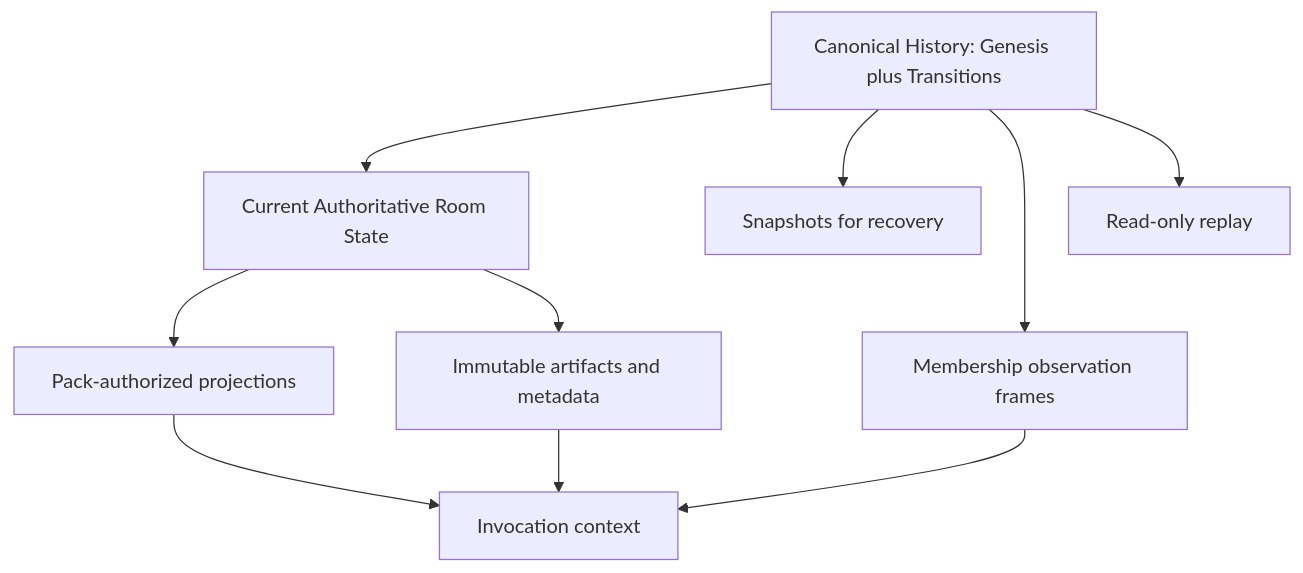
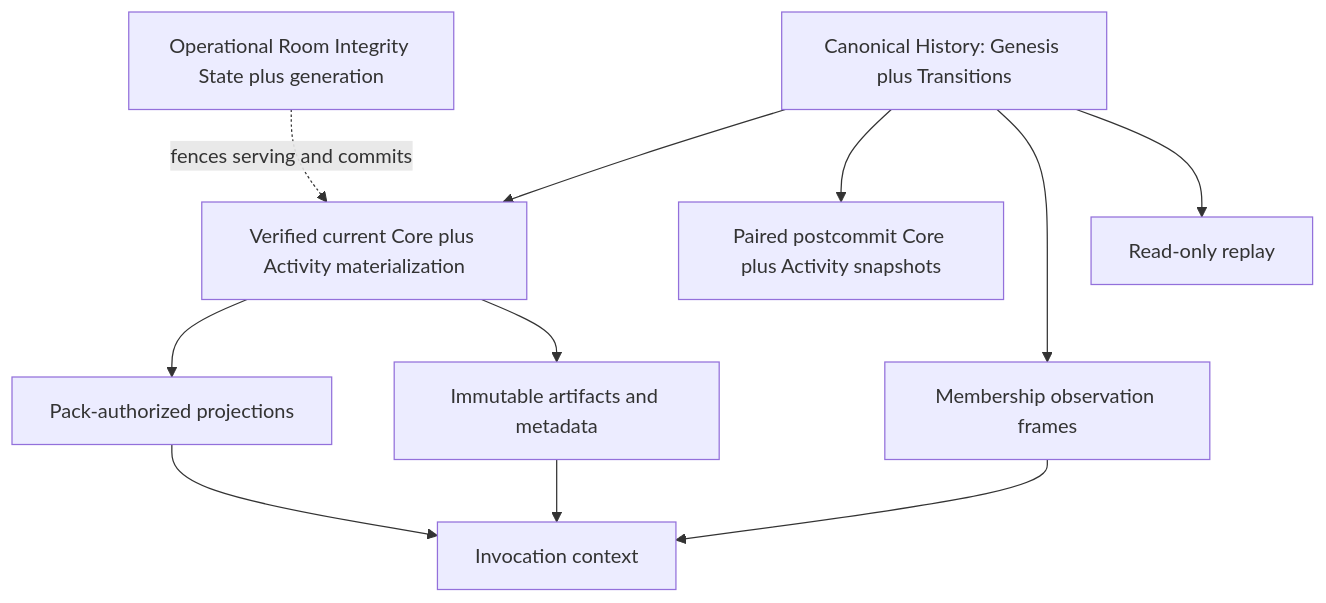
The diagram in docs/context-and-memory.md (imom39a/worldstream), drawn with Mermaid before and after one commit. The commit also changed other lines of this file and 12 other files, not shown here.

Commit message:
docs: freeze canonical core integrity lineage

```diff
--- a/docs/context-and-memory.md
+++ b/docs/context-and-memory.md
@@ -69,12 +73,13 @@
 ~~~mermaid
 flowchart TD
-    H["Canonical History: Genesis plus Transitions"] --> S["Current Authoritative Room State"]
-    H --> SN["Snapshots for recovery"]
+    H["Canonical History: Genesis plus Transitions"] --> S["Verified current Core plus Activity materialization"]
+    H --> SN["Paired postcommit Core plus Activity snapshots"]
+    I["Operational Room Integrity State plus generation"] -. "fences serving and commits" .-> S
     S --> P["Pack-authorized projections"]
     H --> O["Membership observation frames"]
     P --> C["Invocation context"]
     O --> C
     A["Immutable artifacts and metadata"] --> C
     S --> A
     H --> R["Read-only replay"]
 ~~~
```
